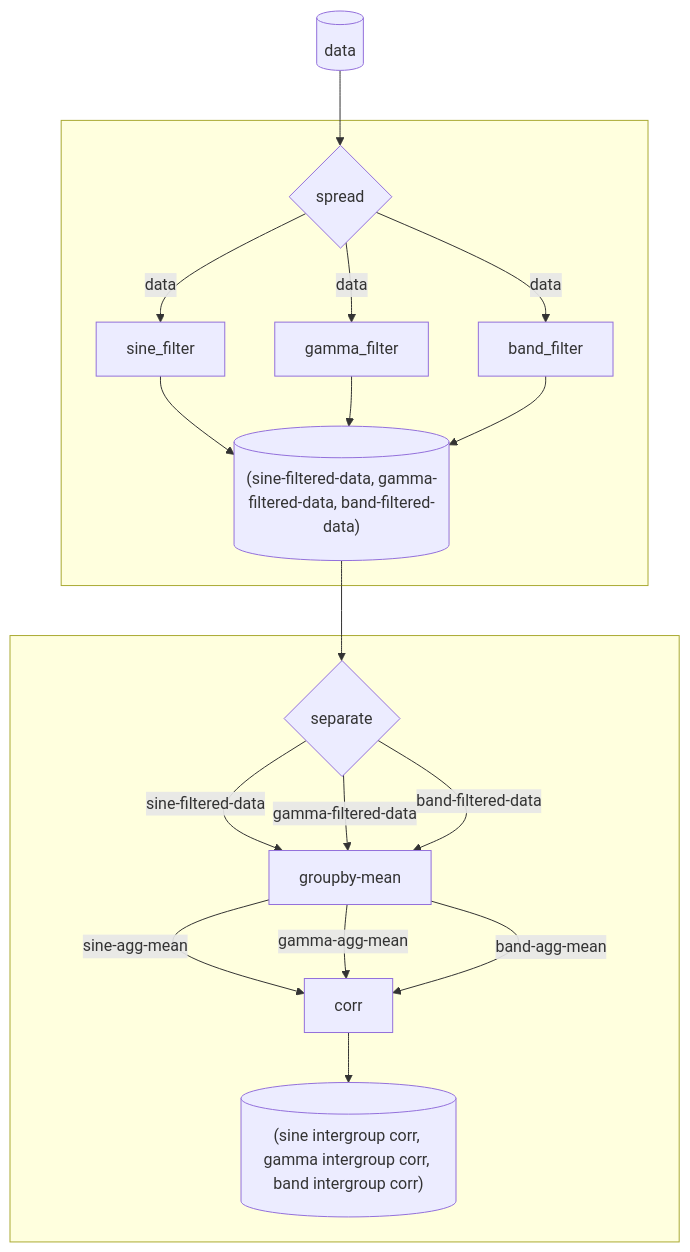
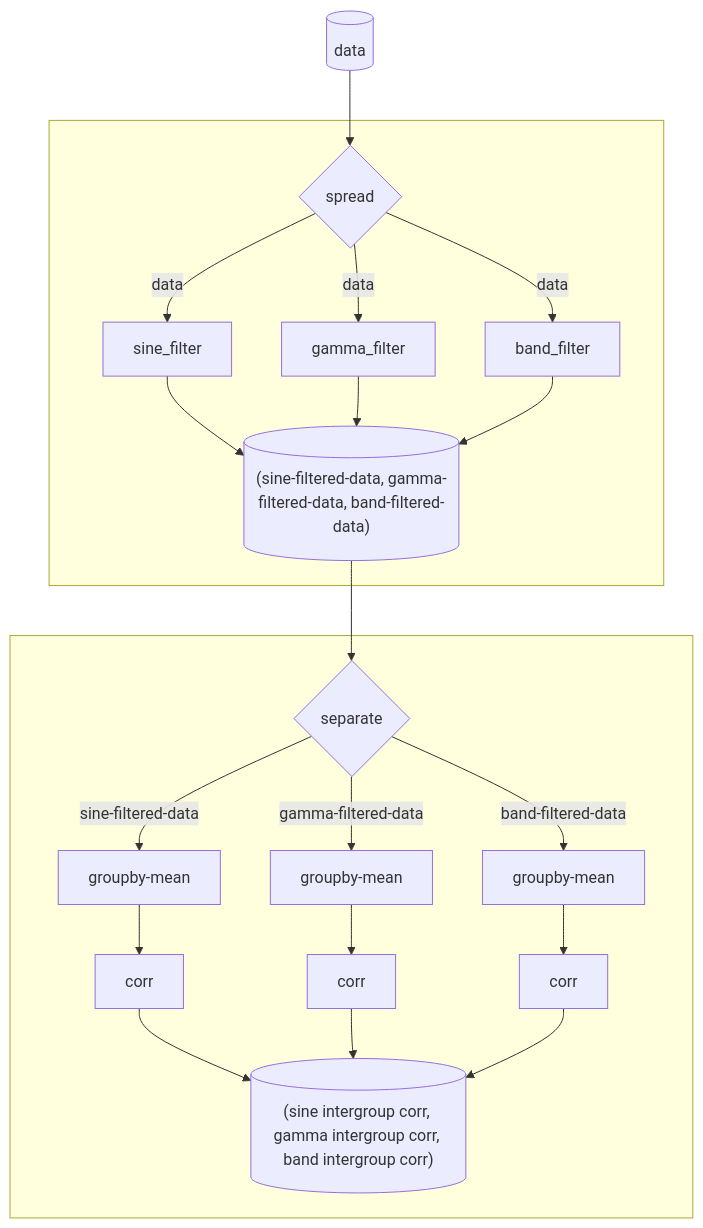
Before and after one commit to ejolly/py-utilz: the seventh of 11 diagrams in docs/pipes.md, drawn with Mermaid. The commit also changed other lines of this file and 1 other file, not shown here.

````diff
--- a/docs/pipes.md
+++ b/docs/pipes.md
@@ -204,23 +214,25 @@
 ```mermaid
 graph TD
   df[(data)]-->spread{spread}
   subgraph  
   spread-- data -->sine[sine_filter]
   spread-- data -->gamma[gamma_filter]
   spread-- data -->band[band_filter]
   sine -->out[("(sine-filtered-data, gamma-filtered-data, band-filtered-data)")]
   gamma -->out
   band -->out
   end
 
   out -->separate{separate}
   subgraph  
-  separate-- sine-filtered-data -->aggfunc[groupby-mean]
-  separate-- gamma-filtered-data -->aggfunc
-  separate-- band-filtered-data -->aggfunc
-  aggfunc-- sine-agg-mean -->aggcorr[corr]
-  aggfunc-- gamma-agg-mean -->aggcorr
-  aggfunc-- band-agg-mean -->aggcorr
-  aggcorr -->dfout[("(sine intergroup corr, gamma intergroup corr, band intergroup corr)")]
+  separate-- sine-filtered-data -->aggfuncsine[groupby-mean]
+  separate-- gamma-filtered-data -->aggfuncgamma[groupby-mean]
+  separate-- band-filtered-data -->aggfuncband[groupby-mean]
+  aggfuncsine-->aggcorrsine[corr]
+  aggfuncgamma-->aggcorrgamma[corr]
+  aggfuncband-->aggcorrband[corr]
+  aggcorrsine -->dfout[("(sine intergroup corr, gamma intergroup corr, band intergroup corr)")]
+  aggcorrgamma -->dfout
+  aggcorrband -->dfout
   end
 ```
````
